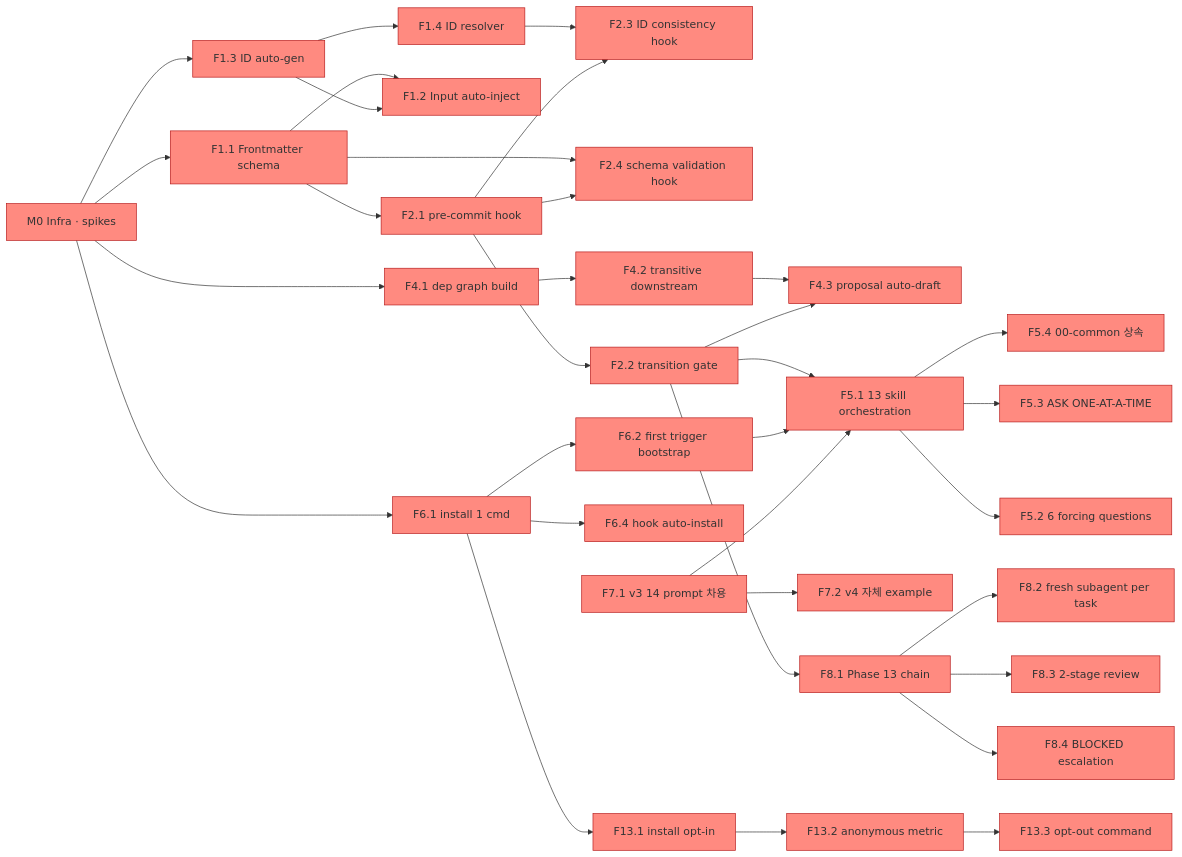
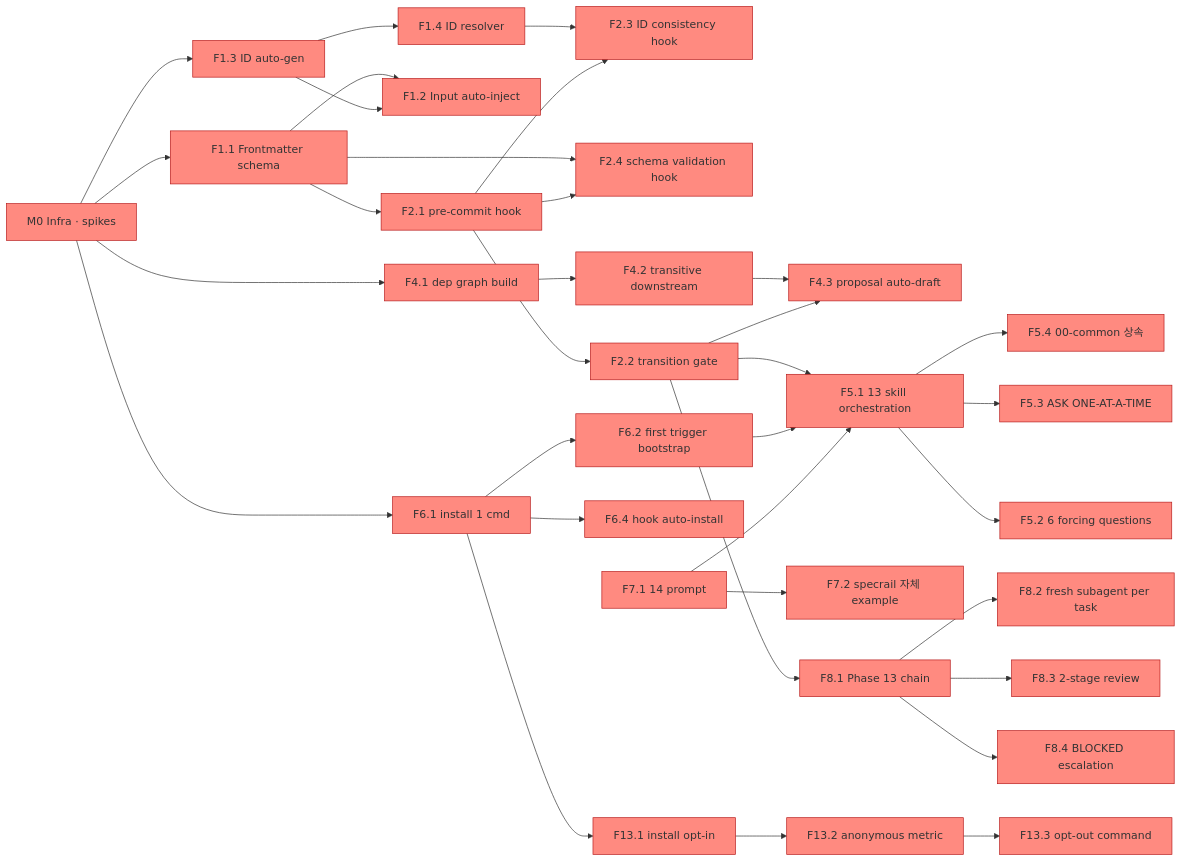
The diagram in docs/spec/examples/13-implementation-plan.md (sungminoh/specrail), drawn with Mermaid before and after one commit. The commit also changed other lines of this file and 17 other files, not shown here.

````diff
--- a/docs/spec/examples/13-implementation-plan.md
+++ b/docs/spec/examples/13-implementation-plan.md
@@ -38,52 +37,52 @@
 ```mermaid
 graph LR
     M0[M0 Infra · spikes]:::p0
 
     F11[F1.1 Frontmatter schema]:::p0
     F13[F1.3 ID auto-gen]:::p0
     F14[F1.4 ID resolver]:::p0
     F12[F1.2 Input auto-inject]:::p0
     F21[F2.1 pre-commit hook]:::p0
     F23[F2.3 ID consistency hook]:::p0
     F24[F2.4 schema validation hook]:::p0
     F22[F2.2 transition gate]:::p0
     F41[F4.1 dep graph build]:::p0
     F42[F4.2 transitive downstream]:::p0
     F43[F4.3 proposal auto-draft]:::p0
     F51[F5.1 13 skill orchestration]:::p0
     F54[F5.4 00-common 상속]:::p0
     F53[F5.3 ASK ONE-AT-A-TIME]:::p0
     F52[F5.2 6 forcing questions]:::p0
     F61[F6.1 install 1 cmd]:::p0
     F62[F6.2 first trigger bootstrap]:::p0
     F64[F6.4 hook auto-install]:::p0
-    F71[F7.1 v3 14 prompt 차용]:::p0
-    F72[F7.2 v4 자체 example]:::p0
+    F71[F7.1 14 prompt]:::p0
+    F72[F7.2 specrail 자체 example]:::p0
     F81[F8.1 Phase 13 chain]:::p0
     F82[F8.2 fresh subagent per task]:::p0
     F83[F8.3 2-stage review]:::p0
     F84[F8.4 BLOCKED escalation]:::p0
     F131[F13.1 install opt-in]:::p0
     F132[F13.2 anonymous metric]:::p0
     F133[F13.3 opt-out command]:::p0
 
     M0 --> F11 & F13 & F41 & F61
     F11 --> F12 & F24
     F13 --> F14 & F12
     F14 --> F23
     F11 --> F21
     F21 --> F23 & F24 & F22
     F22 --> F51
     F41 --> F42 --> F43
     F22 --> F43
     F51 --> F54 & F53 & F52
     F61 --> F62 & F64
     F62 --> F51
     F71 --> F51 & F72
     F22 --> F81
     F81 --> F82 & F83 & F84
     F61 --> F131
     F131 --> F132 --> F133
 
     classDef p0 fill:#ff8a80,stroke:#b71c1c
 ```
````
